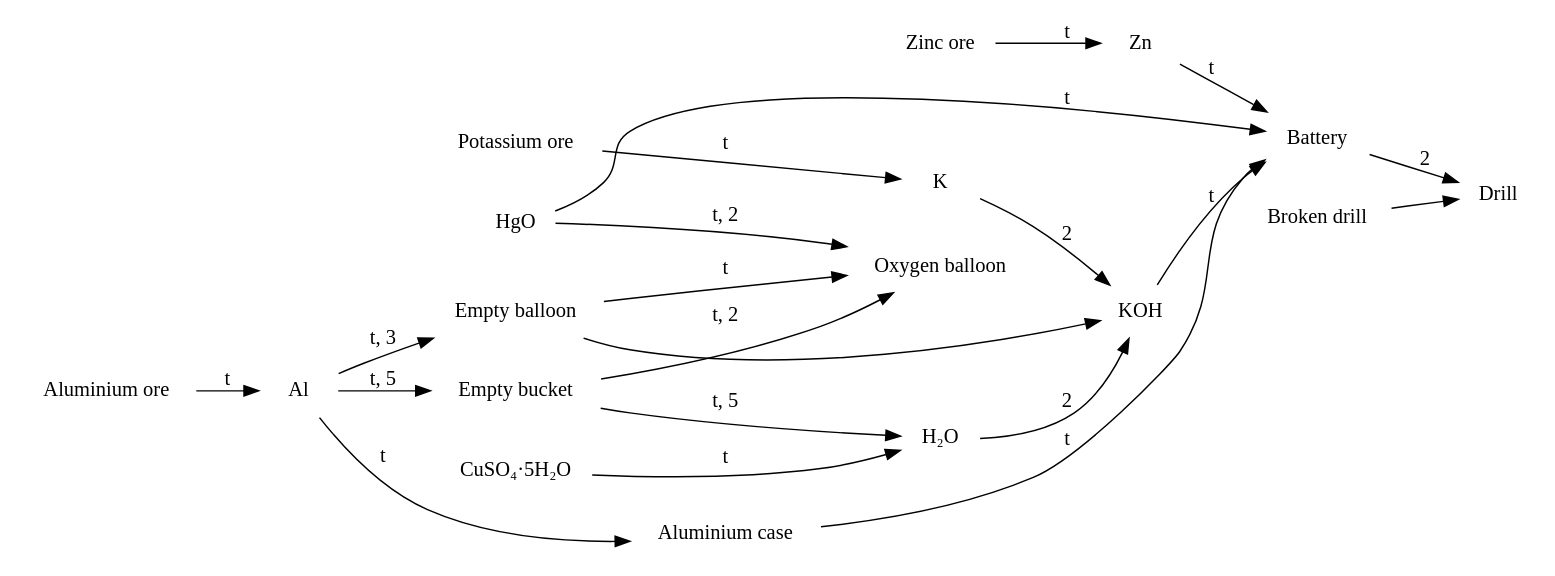
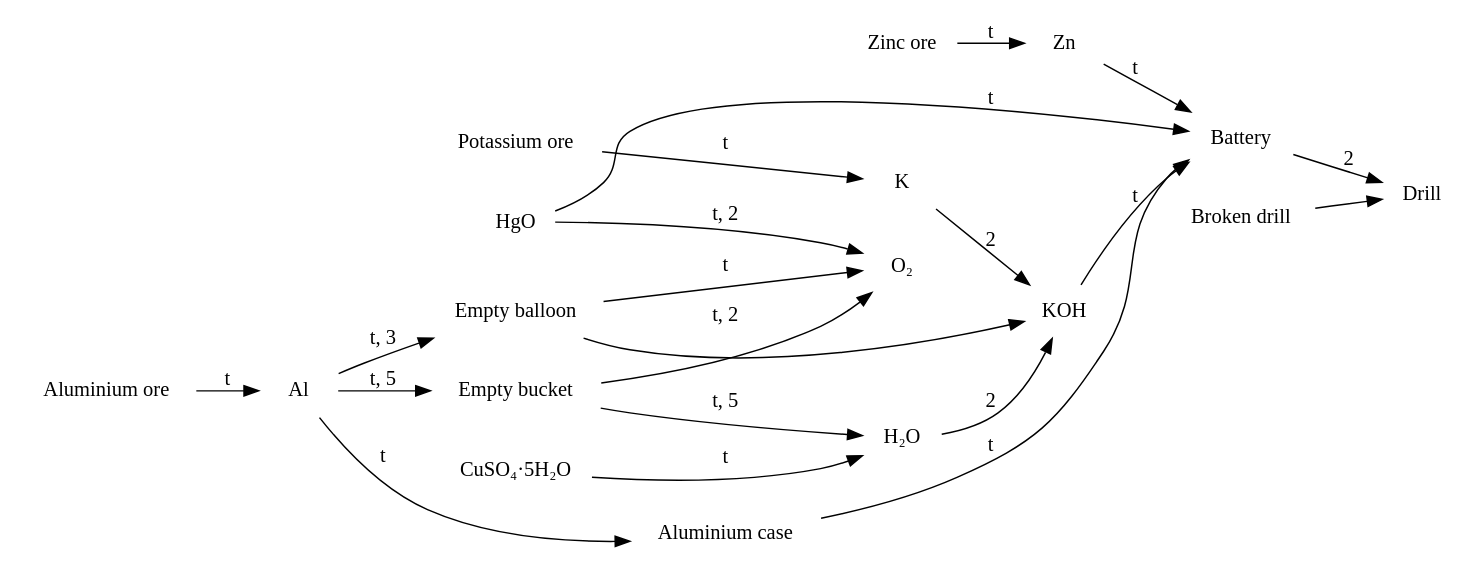
One commit to forked-from-1kasper/loria changed the diagram in manuals/start.gv. Above: the diagram before and after it, drawn with Graphviz.

```diff
--- a/manuals/start.gv
+++ b/manuals/start.gv
@@ -1,33 +1,32 @@
 digraph {
     rankdir="LR"
     node [shape=none]
 
     "Aluminium ore" -> "Al" [label = "t"]
     "Potassium ore" -> "K" [label = "t"]
     "Zinc ore" -> "Zn" [label = "t"]
 
     "Al" -> "Empty bucket" [label = "t, 5"]
     "Al" -> "Empty balloon" [label = "t, 3"]
 
-    "HgO" -> "Oxygen balloon" [label = "t, 2"]
-    "Empty balloon" -> "Oxygen balloon" [label = "t"]
-    "Empty bucket" -> "Oxygen balloon" [label = "t, 2"]
+    "HgO" -> "O₂" [label = "t, 2"]
+    "Empty balloon" -> "O₂" [label = "t"]
+    "Empty bucket" -> "O₂" [label = "t, 2"]
 
     "Empty bucket" -> "H₂O" [label = "t, 5"]
     "CuSO₄·5H₂O" -> "H₂O" [label = "t"]
 
     "Al" -> "Aluminium case" [label = "t"]
 
     "HgO" -> "Battery" [label = "t"]
     "KOH" -> "Battery" [label = "t"]
     "Zn" -> "Battery" [label = "t"]
     "Aluminium case" -> "Battery" [label = "t"]
 
-
     "K" -> "KOH" [label = "2"]
     "H₂O" -> "KOH" [label = "2"]
     "Empty balloon" -> "KOH"
 
     "Broken drill" -> "Drill"
     "Battery" -> "Drill" [label = "2"]
 }
```
